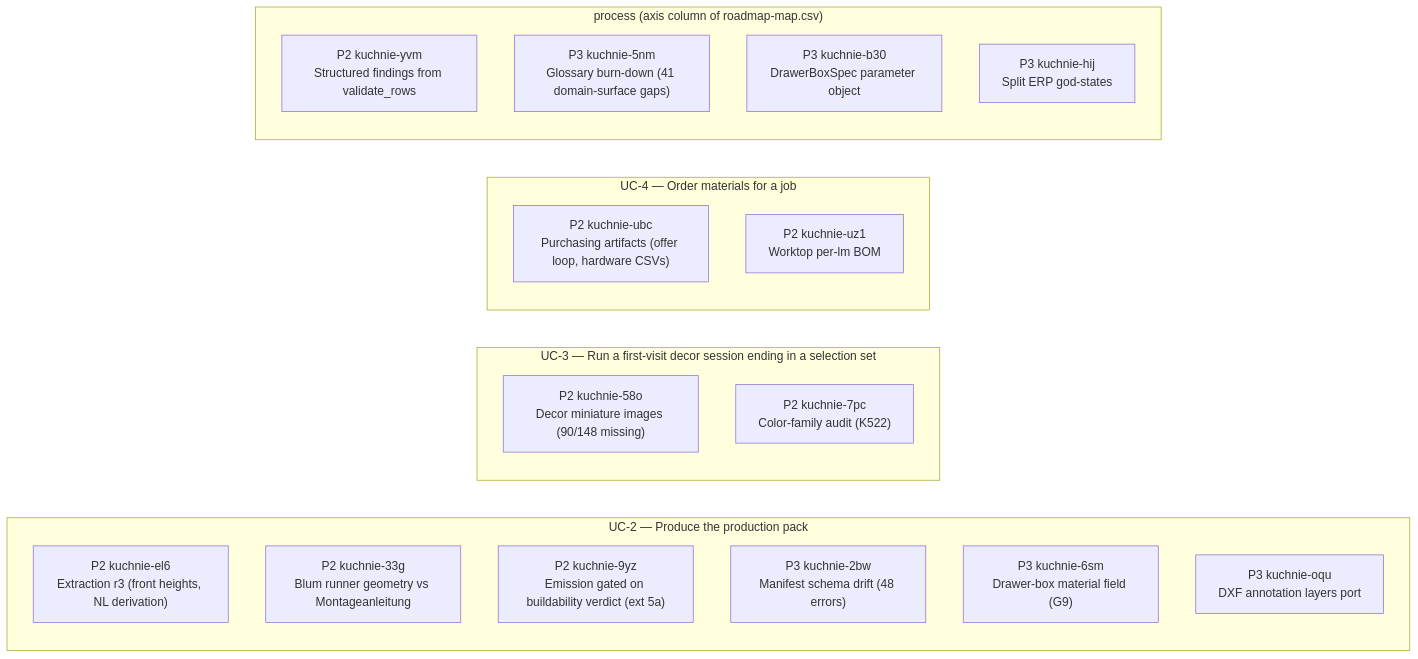
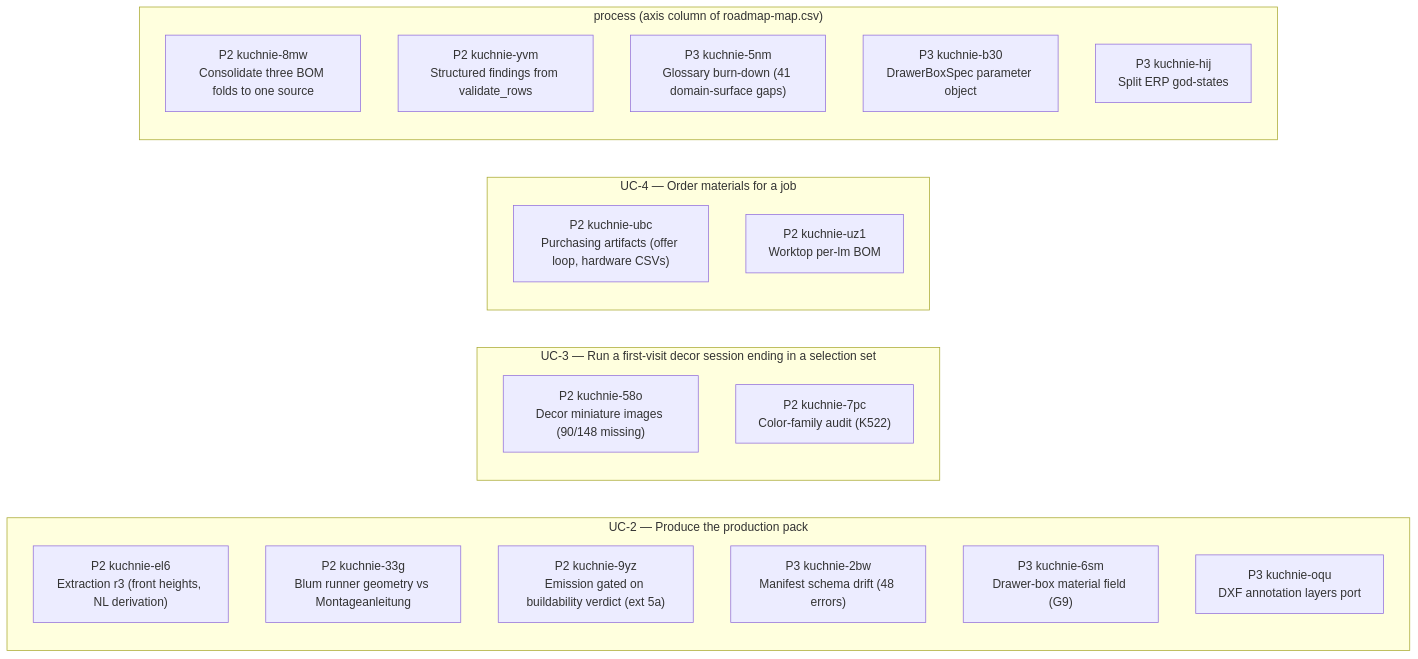
One commit to m1981/kuchnie changed the second of 2 diagrams in STATUS.md. Above: the diagram before and after it, drawn with Mermaid. The commit also changed other lines of this file and 2 other files, not shown here.

````diff
--- a/STATUS.md
+++ b/STATUS.md
@@ -143,25 +145,26 @@
 ```mermaid
 flowchart LR
     subgraph gUC_2 ["UC-2 — Produce the production pack"]
         u_kuchnie_el6["P2 kuchnie-el6<br/>Extraction r3 (front heights, NL derivation)"]
         u_kuchnie_33g["P2 kuchnie-33g<br/>Blum runner geometry vs Montageanleitung"]
         u_kuchnie_9yz["P2 kuchnie-9yz<br/>Emission gated on buildability verdict (ext 5a)"]
         u_kuchnie_2bw["P3 kuchnie-2bw<br/>Manifest schema drift (48 errors)"]
         u_kuchnie_6sm["P3 kuchnie-6sm<br/>Drawer-box material field (G9)"]
         u_kuchnie_oqu["P3 kuchnie-oqu<br/>DXF annotation layers port"]
     end
     subgraph gUC_3 ["UC-3 — Run a first-visit decor session ending in a selection set"]
         u_kuchnie_58o["P2 kuchnie-58o<br/>Decor miniature images (90/148 missing)"]
         u_kuchnie_7pc["P2 kuchnie-7pc<br/>Color-family audit (K522)"]
     end
     subgraph gUC_4 ["UC-4 — Order materials for a job"]
         u_kuchnie_ubc["P2 kuchnie-ubc<br/>Purchasing artifacts (offer loop, hardware CSVs)"]
         u_kuchnie_uz1["P2 kuchnie-uz1<br/>Worktop per-lm BOM"]
     end
     subgraph g_none ["process (axis column of roadmap-map.csv)"]
+        u_kuchnie_8mw["P2 kuchnie-8mw<br/>Consolidate three BOM folds to one source"]
         u_kuchnie_yvm["P2 kuchnie-yvm<br/>Structured findings from validate_rows"]
         u_kuchnie_5nm["P3 kuchnie-5nm<br/>Glossary burn-down (41 domain-surface gaps)"]
         u_kuchnie_b30["P3 kuchnie-b30<br/>DrawerBoxSpec parameter object"]
         u_kuchnie_hij["P3 kuchnie-hij<br/>Split ERP god-states"]
     end
 ```
````
